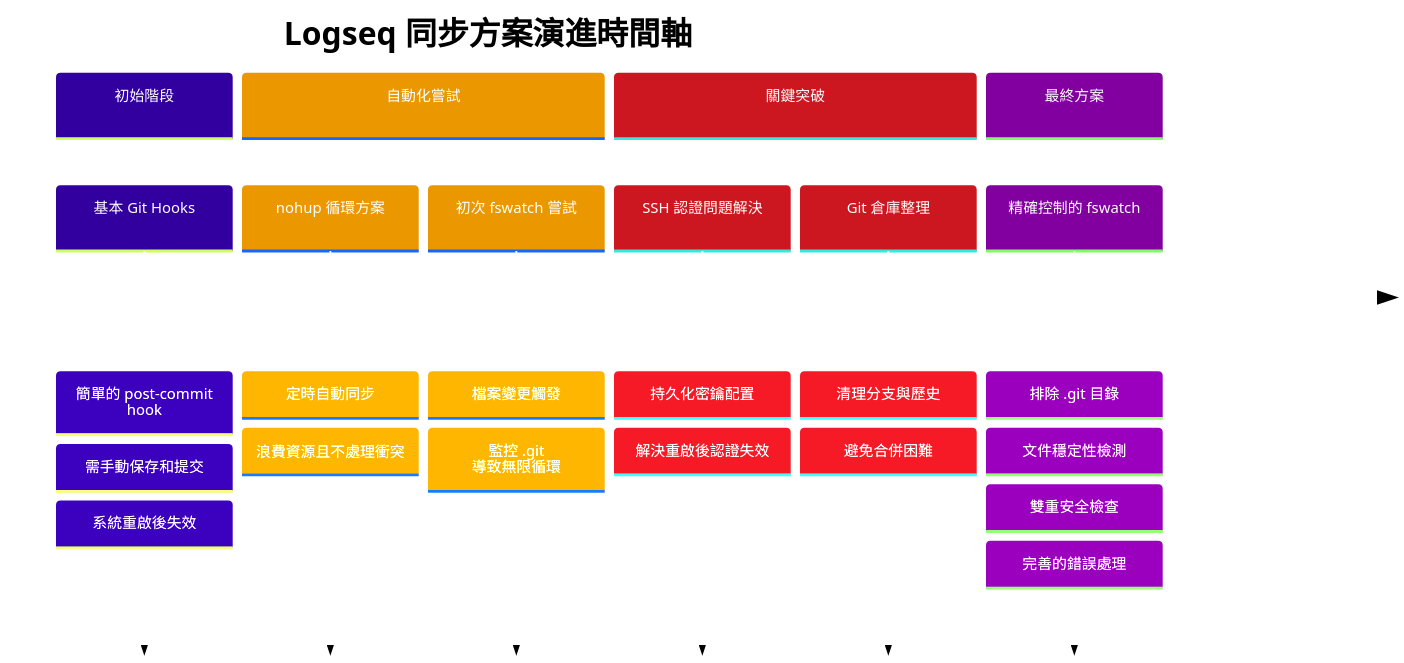
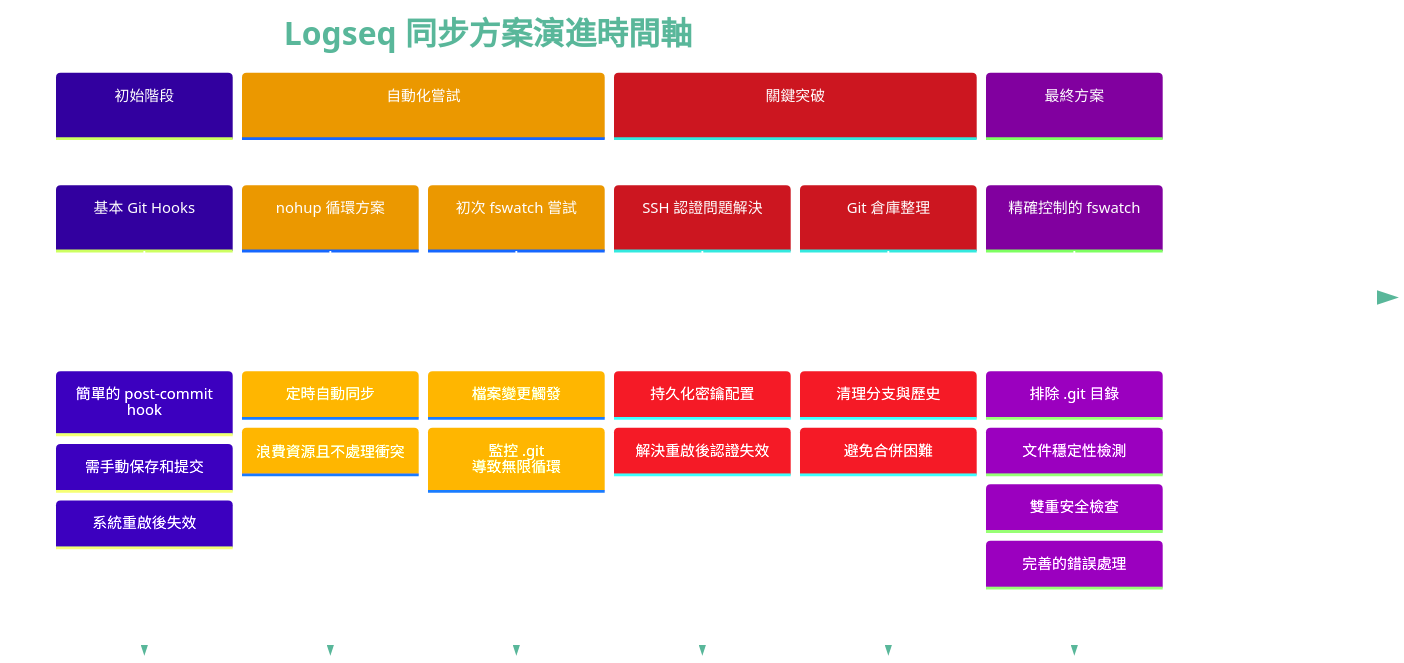
One commit to GengGeng026/Sync-Logseq changed the first of 2 diagrams in Logseq同步方案演進記錄.md. Above: the diagram before and after it, drawn with Mermaid.

Commit message:
Auto-sync: Wed Mar 26 09:35:00 +08 2025

````diff
--- a/Logseq同步方案演進記錄.md
+++ b/Logseq同步方案演進記錄.md
@@ -24,41 +24,41 @@
 ```mermaid
 %%{init: {
   'theme': 'base', 
   'themeVariables': {
     'primaryColor': '#651FFF',
     'primaryTextColor': '#FFFFFF',
     'primaryBorderColor': '#59B79A',
     'lineColor': '#C792EA',
     'secondaryColor': '#FFCB6B',
     'tertiaryColor': '#F07178',
     'background': 'transparent',
-    'textColor': '',
+    'textColor': '#59B79A',
     'mainBkg': '#273747',
     'nodeBorder': '#59B79A',
     'clusterBkg': 'transparent',
     'edgeLabelBackground': '#21252B'
   }
 }}%%
 
 timeline
     title Logseq 同步方案演進時間軸
     section 初始階段
         基本 Git Hooks : 簡單的 post-commit hook
         : 需手動保存和提交
         : 系統重啟後失效
     section 自動化嘗試
         nohup 循環方案 : 定時自動同步
         : 浪費資源且不處理衝突
         初次 fswatch 嘗試 : 檔案變更觸發
         : 監控 .git 導致無限循環
     section 關鍵突破
         SSH 認證問題解決 : 持久化密鑰配置
         : 解決重啟後認證失效
         Git 倉庫整理 : 清理分支與歷史
         : 避免合併困難
     section 最終方案
         精確控制的 fswatch : 排除 .git 目錄
         : 文件穩定性檢測
         : 雙重安全檢查
         : 完善的錯誤處理
 ```
````
